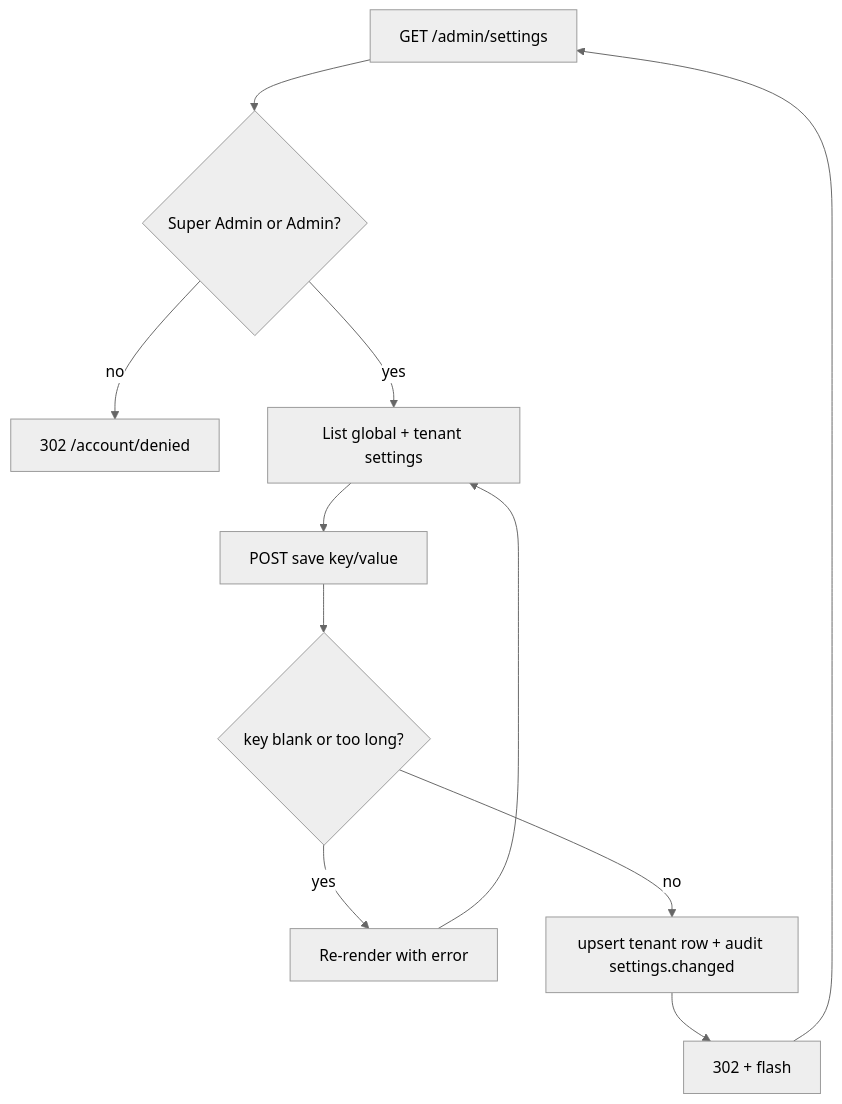
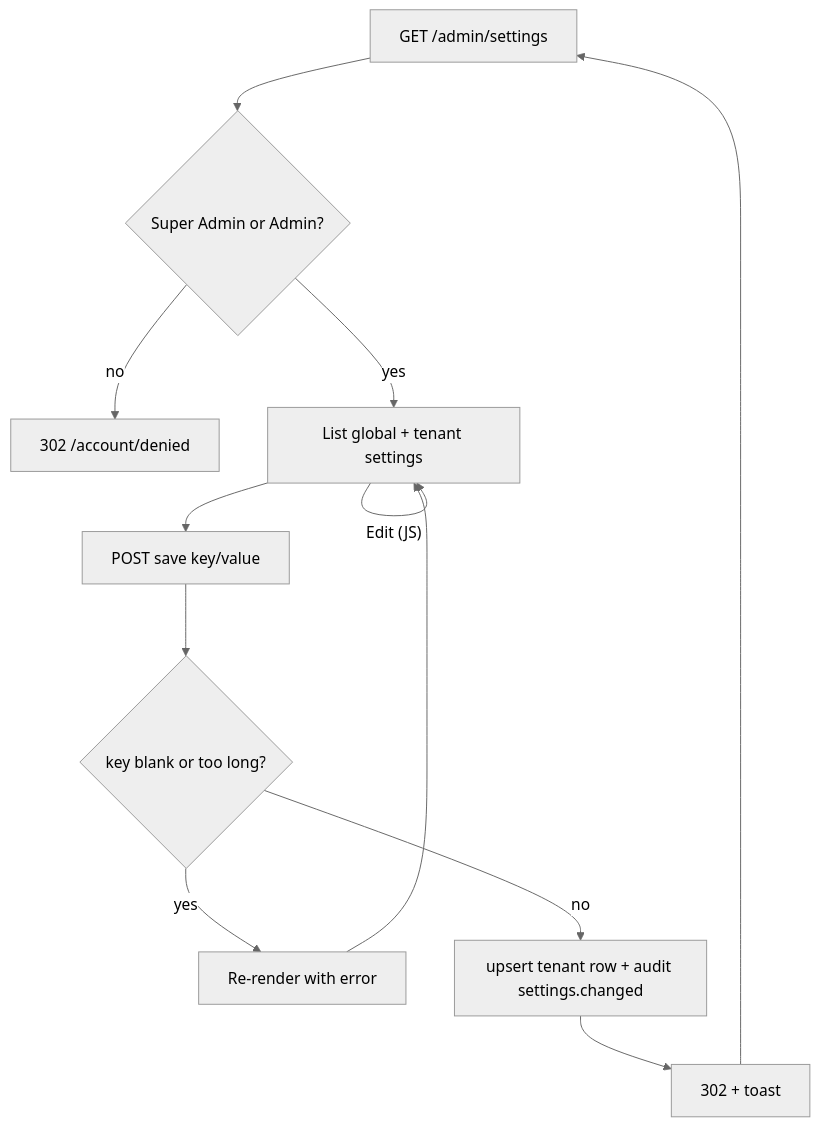
One commit to Albadit/DotNetForge changed the diagram in .docs/pages/settings.md. Above: the diagram before and after it, drawn with Mermaid (neutral theme). The commit also changed other lines of this file and 454 other files, not shown here.

````diff
--- a/.docs/pages/settings.md
+++ b/.docs/pages/settings.md
@@ -114,10 +143,11 @@
 ```mermaid
 flowchart TD
     A["GET /admin/settings"] --> R{"Super Admin or Admin?"}
     R -- no --> X["302 /account/denied"]
     R -- yes --> B[List global + tenant settings]
+    B -- "Edit (JS)" --> B
     B --> C[POST save key/value]
     C --> D{"key blank or too long?"}
     D -- yes --> E[Re-render with error] --> B
-    D -- no --> F["upsert tenant row + audit settings.changed"] --> G["302 + flash"] --> A
+    D -- no --> F["upsert tenant row + audit settings.changed"] --> G["302 + toast"] --> A
 ```
````
